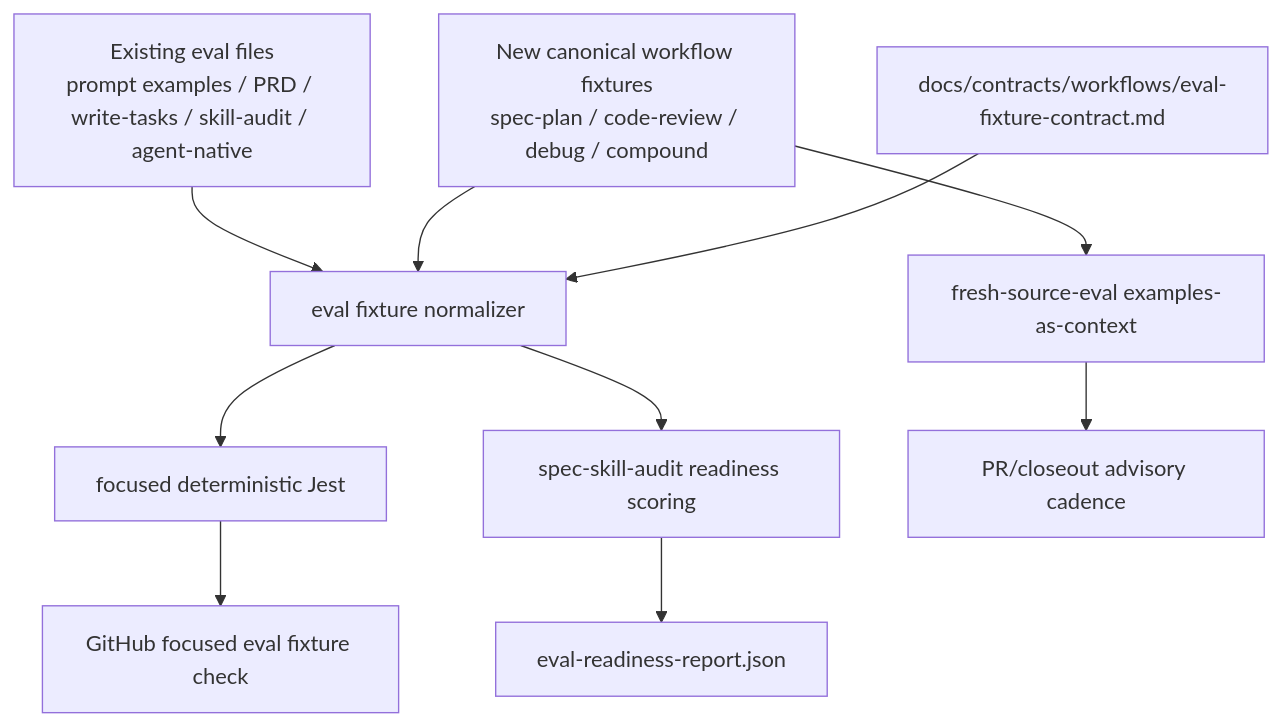
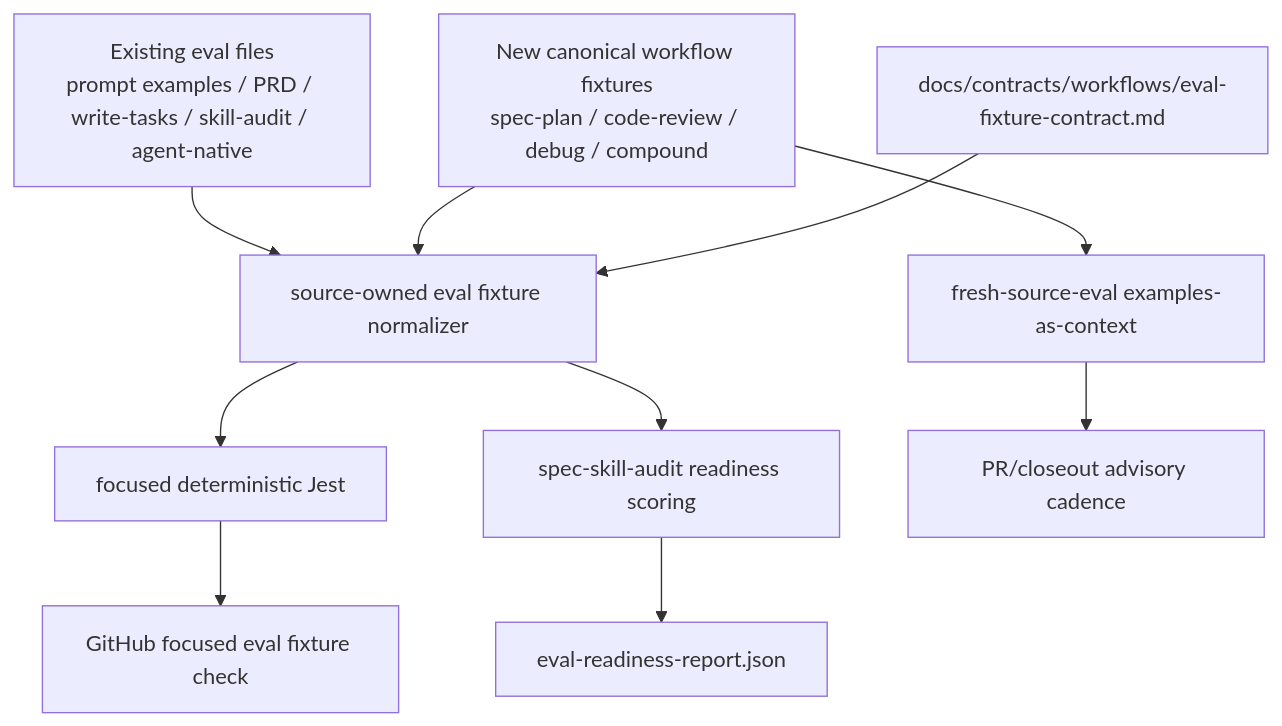
One commit to ajiao7240/spec-first changed the first of 2 diagrams in docs/plans/2026-06-13-002-refactor-eval-readiness-fixture-schema-plan.md. Above: the diagram before and after it, drawn with Mermaid. The commit also changed other lines of this file and 1 other file, not shown here.

Commit message:
docs(plan): refine eval readiness fixture schema plan

````diff
--- a/docs/plans/2026-06-13-002-refactor-eval-readiness-fixture-schema-plan.md
+++ b/docs/plans/2026-06-13-002-refactor-eval-readiness-fixture-schema-plan.md
@@ -187,12 +208,12 @@
 ```mermaid
 flowchart TB
-  LEGACY[Existing eval files<br/>prompt examples / PRD / write-tasks / skill-audit / agent-native] --> NORMALIZER[eval fixture normalizer]
+  LEGACY[Existing eval files<br/>prompt examples / PRD / write-tasks / skill-audit / agent-native] --> NORMALIZER[source-owned eval fixture normalizer]
   NEW[New canonical workflow fixtures<br/>spec-plan / code-review / debug / compound] --> NORMALIZER
   CONTRACT[docs/contracts/workflows/eval-fixture-contract.md] --> NORMALIZER
   NORMALIZER --> TESTS[focused deterministic Jest]
   NORMALIZER --> SCORE[spec-skill-audit readiness scoring]
   TESTS --> CI[GitHub focused eval fixture check]
   SCORE --> REPORT[eval-readiness-report.json]
   NEW --> FRESH[fresh-source-eval examples-as-context]
   FRESH --> CADENCE[PR/closeout advisory cadence]
 ```
````
